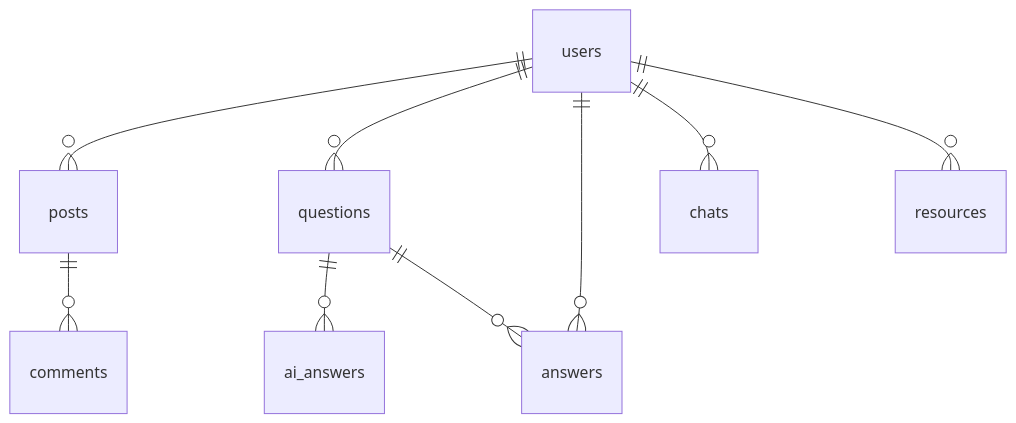
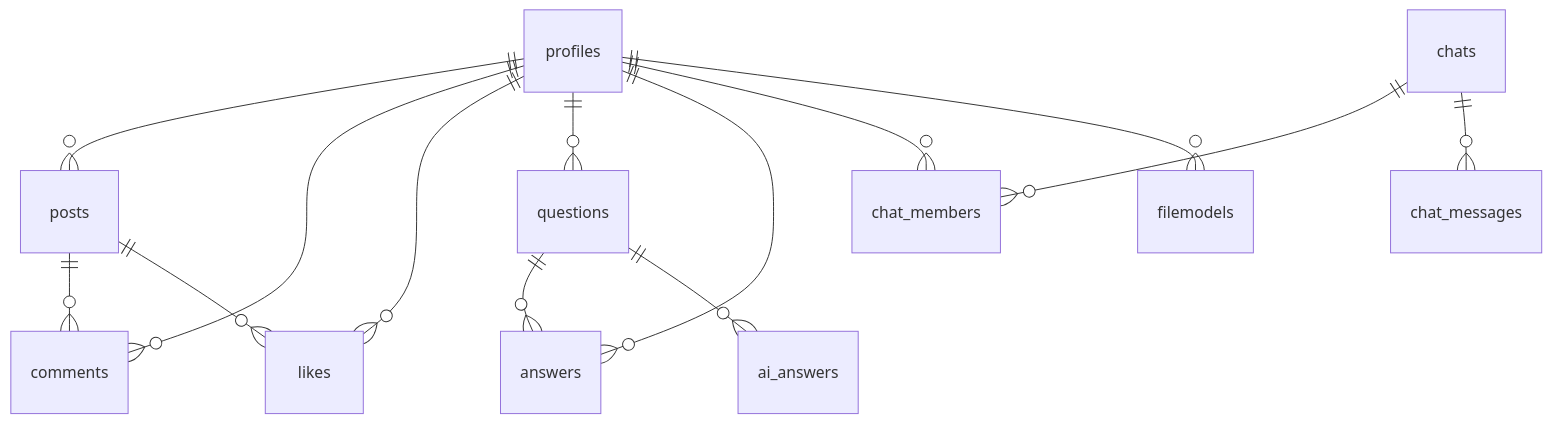
One commit to HackyCoder0951/focus_hub changed the diagram in docs/implementation_with_code.md. Above: the diagram before and after it, drawn with Mermaid. The commit also changed other lines of this file and 1 other file, not shown here.

````diff
--- a/docs/implementation_with_code.md
+++ b/docs/implementation_with_code.md
@@ -410,11 +20,16 @@
 ```mermaid
 erDiagram
-    users ||--o{ posts : ""
-    users ||--o{ questions : ""
-    users ||--o{ answers : ""
-    users ||--o{ chats : ""
-    users ||--o{ resources : ""
+    profiles ||--o{ posts : ""
+    profiles ||--o{ comments : ""
+    profiles ||--o{ likes : ""
+    profiles ||--o{ questions : ""
+    profiles ||--o{ answers : ""
+    profiles ||--o{ chat_members : ""
+    profiles ||--o{ filemodels : ""
     posts ||--o{ comments : ""
+    posts ||--o{ likes : ""
+    questions ||--o{ answers : ""
     questions ||--o{ ai_answers : ""
-    questions ||--o{ answers : ""
+    chats ||--o{ chat_members : ""
+    chats ||--o{ chat_messages : ""
 ```
````
